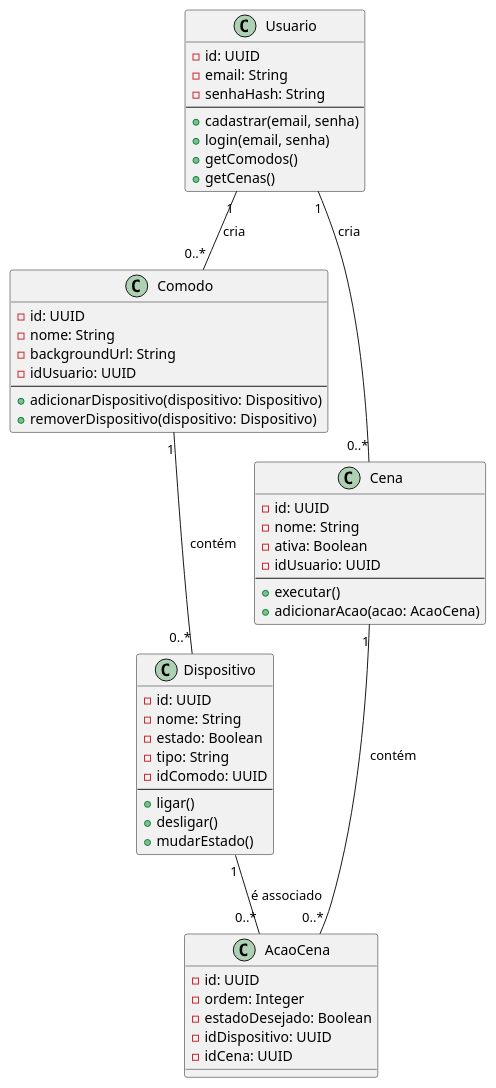
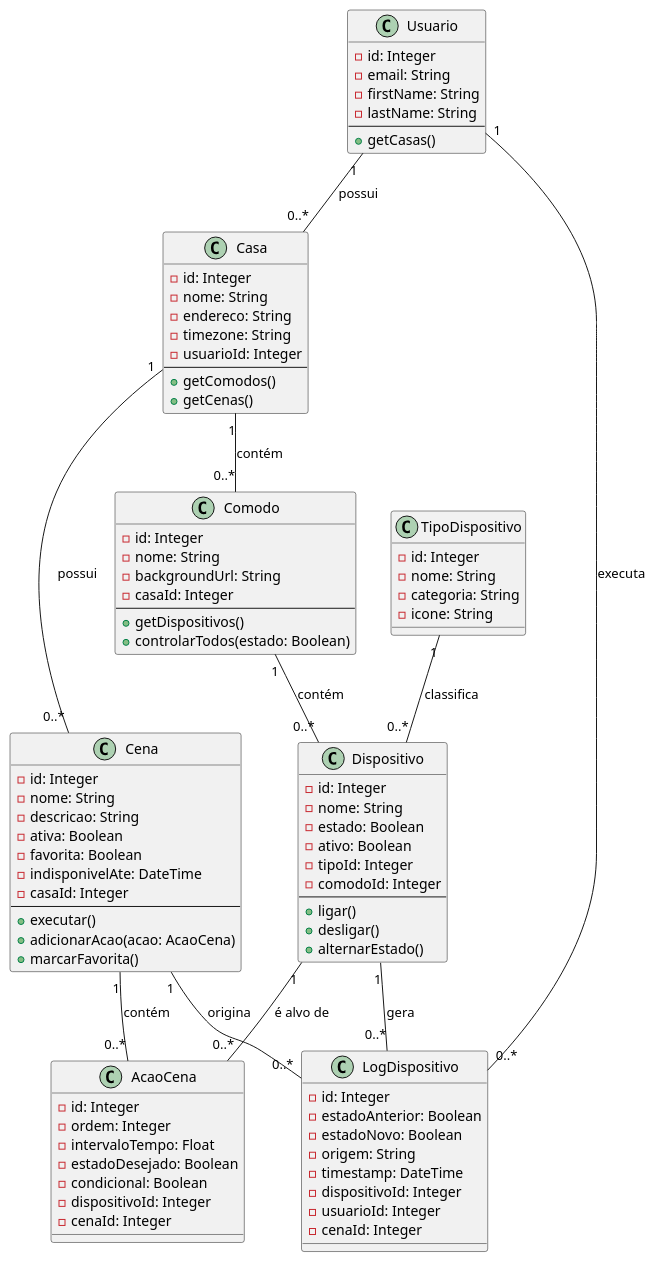
The diagram in diag-classe.plantuml (ReisvitoR/backend-casa-iot), drawn with PlantUML before and after one commit. The commit also changed 7 other files, not shown here.

```diff
--- a/diag-classe.plantuml
+++ b/diag-classe.plantuml
@@ -1,58 +1,97 @@
 @startuml
 class Usuario {
-  - id: UUID
+  - id: Integer
   - email: String
-  - senhaHash: String
+  - firstName: String
+  - lastName: String
   --
-  + cadastrar(email, senha)
-  + login(email, senha)
+  + getCasas()
+}
+
+class Casa {
+  - id: Integer
+  - nome: String
+  - endereco: String
+  - timezone: String
+  - usuarioId: Integer
+  --
   + getComodos()
   + getCenas()
 }
 
 class Comodo {
-  - id: UUID
+  - id: Integer
   - nome: String
   - backgroundUrl: String
-  - idUsuario: UUID
+  - casaId: Integer
   --
-  + adicionarDispositivo(dispositivo: Dispositivo)
-  + removerDispositivo(dispositivo: Dispositivo)
+  + getDispositivos()
+  + controlarTodos(estado: Boolean)
+}
+
+class TipoDispositivo {
+  - id: Integer
+  - nome: String
+  - categoria: String
+  - icone: String
 }
 
 class Dispositivo {
-  - id: UUID
+  - id: Integer
   - nome: String
   - estado: Boolean
-  - tipo: String
-  - idComodo: UUID
+  - ativo: Boolean
+  - tipoId: Integer
+  - comodoId: Integer
   --
   + ligar()
   + desligar()
-  + mudarEstado()
+  + alternarEstado()
 }
 
 class Cena {
-  - id: UUID
+  - id: Integer
   - nome: String
+  - descricao: String
   - ativa: Boolean
-  - idUsuario: UUID
+  - favorita: Boolean
+  - indisponivelAte: DateTime
+  - casaId: Integer
   --
   + executar()
   + adicionarAcao(acao: AcaoCena)
+  + marcarFavorita()
 }
 
 class AcaoCena {
-  - id: UUID
+  - id: Integer
   - ordem: Integer
+  - intervaloTempo: Float
   - estadoDesejado: Boolean
-  - idDispositivo: UUID
-  - idCena: UUID
+  - condicional: Boolean
+  - dispositivoId: Integer
+  - cenaId: Integer
 }
 
-Usuario "1" -- "0..*" Comodo : cria
-Usuario "1" -- "0..*" Cena : cria
+class LogDispositivo {
+  - id: Integer
+  - estadoAnterior: Boolean
+  - estadoNovo: Boolean
+  - origem: String
+  - timestamp: DateTime
+  - dispositivoId: Integer
+  - usuarioId: Integer
+  - cenaId: Integer
+}
+
+Usuario "1" -- "0..*" Casa : possui
+Casa "1" -- "0..*" Comodo : contém
+Casa "1" -- "0..*" Cena : possui
 Comodo "1" -- "0..*" Dispositivo : contém
+TipoDispositivo "1" -- "0..*" Dispositivo : classifica
 Cena "1" -- "0..*" AcaoCena : contém
-Dispositivo "1" -- "0..*" AcaoCena : é associado
+Dispositivo "1" -- "0..*" AcaoCena : é alvo de
+Dispositivo "1" -- "0..*" LogDispositivo : gera
+Usuario "1" -- "0..*" LogDispositivo : executa
+Cena "1" -- "0..*" LogDispositivo : origina
 @enduml
```
